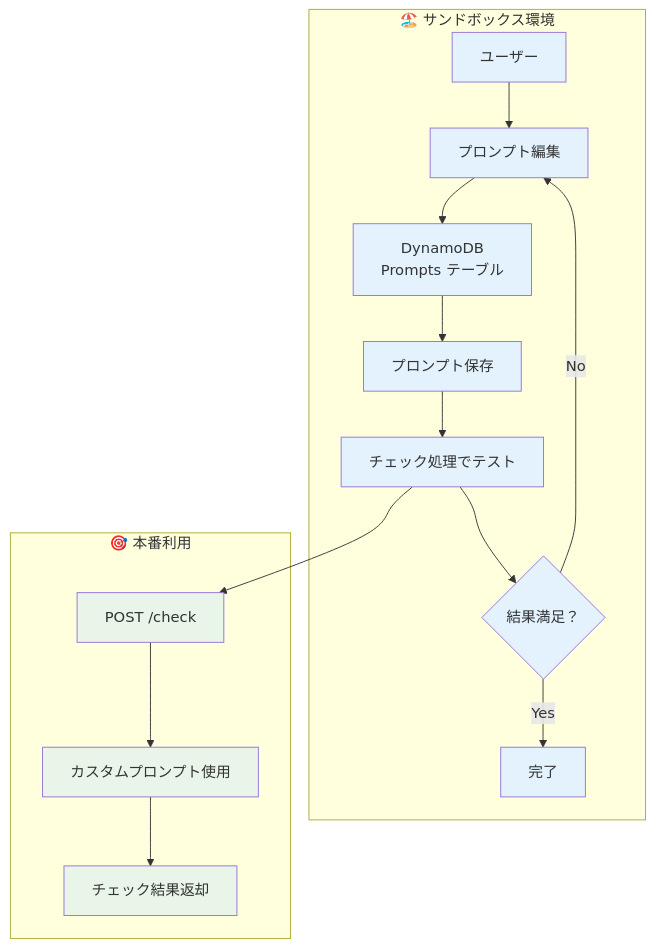
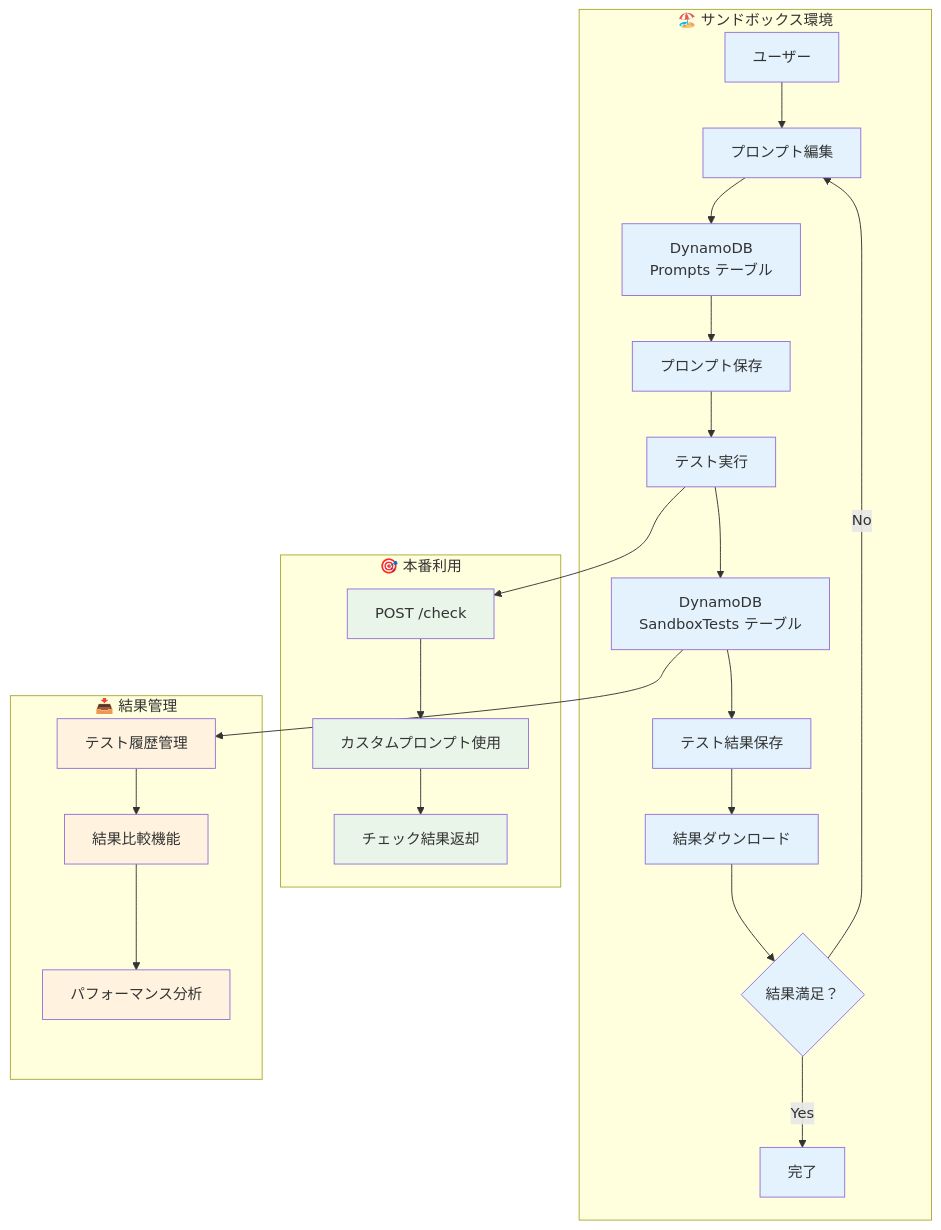
The second of 7 diagrams in documents/system-difinition.md (itsutose/tmp-ssi), drawn with Mermaid before and after one commit. The commit also changed other lines of this file and 2 other files, not shown here.

````diff
--- a/documents/system-difinition.md
+++ b/documents/system-difinition.md
@@ -225,25 +270,36 @@
 ```mermaid
 graph TB
     subgraph "🏖️ サンドボックス環境"
         A["ユーザー"] --> B["プロンプト編集"]
         B --> C["DynamoDB<br/>Prompts テーブル"]
         C --> D["プロンプト保存"]
-        D --> E["チェック処理でテスト"]
-        E --> F{"結果満足？"}
-        F -->|No| B
-        F -->|Yes| G["完了"]
+        D --> E["テスト実行"]
+        E --> F["DynamoDB<br/>SandboxTests テーブル"]
+        F --> G["テスト結果保存"]
+        G --> H["結果ダウンロード"]
+        H --> I{"結果満足？"}
+        I -->|No| B
+        I -->|Yes| J["完了"]
     end
     
     subgraph "🎯 本番利用"
-        E --> H["POST /check"]
-        H --> I["カスタムプロンプト使用"]
-        I --> J["チェック結果返却"]
+        E --> K["POST /check"]
+        K --> L["カスタムプロンプト使用"]
+        L --> M["チェック結果返却"]
+    end
+    
+    subgraph "📥 結果管理"
+        F --> N["テスト履歴管理"]
+        N --> O["結果比較機能"]
+        O --> P["パフォーマンス分析"]
     end
     
     %% Styling
     classDef sandbox fill:#e3f2fd
     classDef production fill:#e8f5e8
+    classDef management fill:#fff3e0
     
-    class A,B,C,D,E,F,G sandbox
-    class H,I,J production
+    class A,B,C,D,E,F,G,H,I,J sandbox
+    class K,L,M production
+    class N,O,P management
 ```
````
